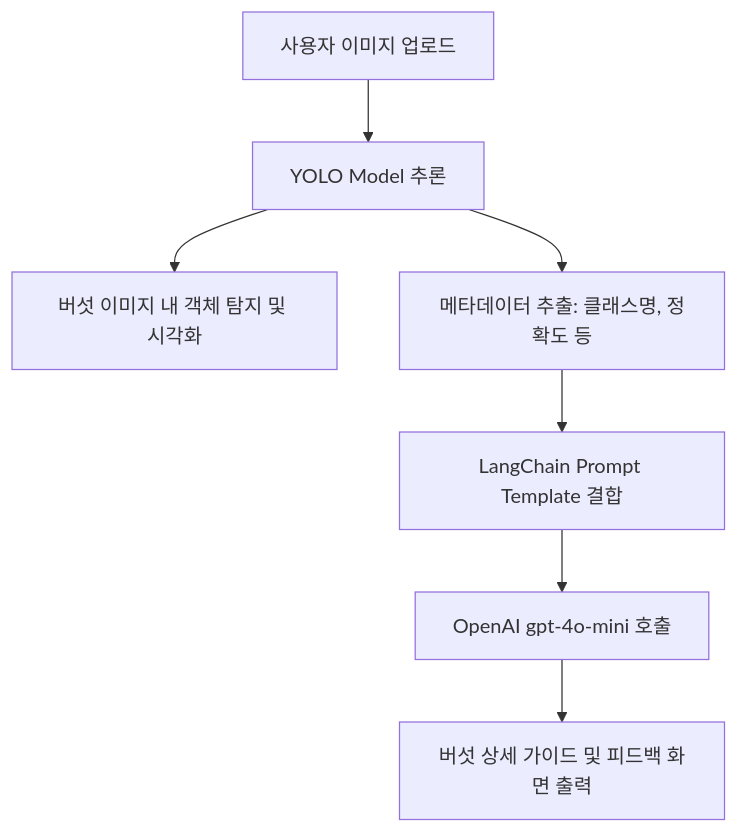
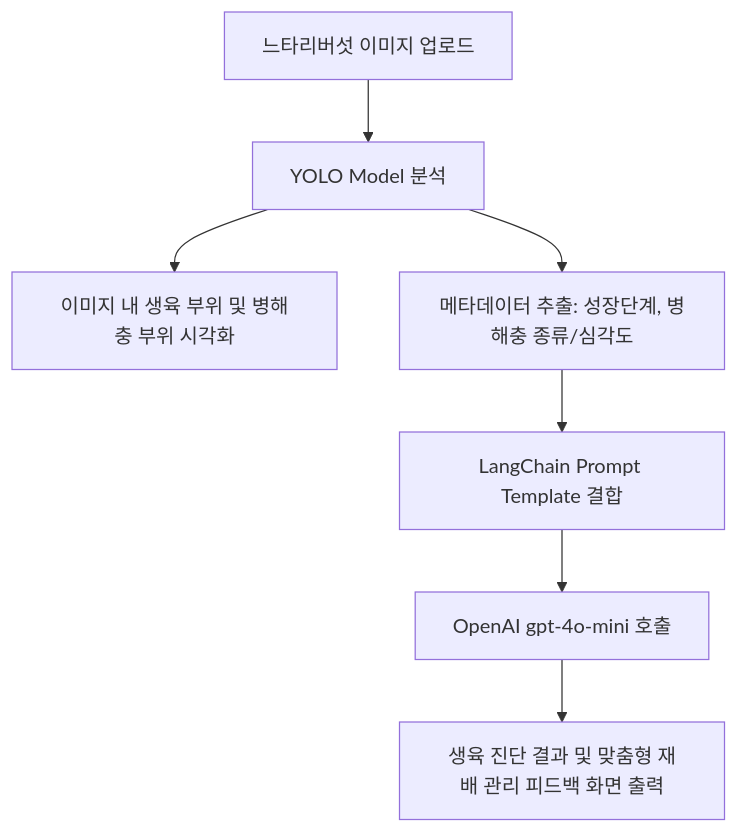
One commit to haexunx/smhrd-mushroom-cv-llm changed the diagram in README.md. Above: the diagram before and after it, drawn with Mermaid. The commit also changed other lines of this file and 1 other file, not shown here.

````diff
--- a/README.md
+++ b/README.md
@@ -82,9 +83,9 @@
 ```mermaid
 graph TD
-    A[사용자 이미지 업로드] --> B[YOLO Model 추론]
-    B --> C[버섯 이미지 내 객체 탐지 및 시각화]
-    B --> D[메타데이터 추출: 클래스명, 정확도 등]
+    A[느타리버섯 이미지 업로드] --> B[YOLO Model 분석]
+    B --> C[이미지 내 생육 부위 및 병해충 부위 시각화]
+    B --> D[메타데이터 추출: 성장단계, 병해충 종류/심각도]
     D --> E[LangChain Prompt Template 결합]
     E --> F[OpenAI gpt-4o-mini 호출]
-    F --> G[버섯 상세 가이드 및 피드백 화면 출력]
+    F --> G[생육 진단 결과 및 맞춤형 재배 관리 피드백 화면 출력]
 ```
````
